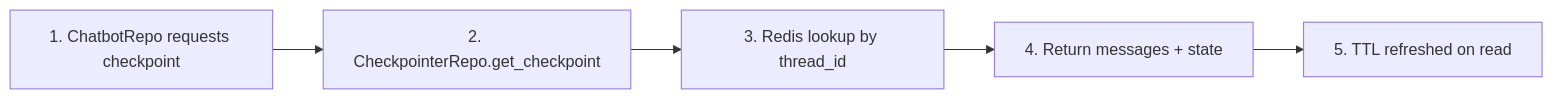
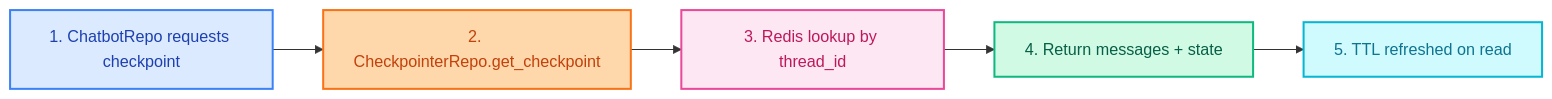
The diagram in docs/assets/diagrams/repositories/checkpointers_README_1.mmd (mhokchuekchuek/mtl_agent), drawn with Mermaid before and after one commit. The commit also changed 92 other files, not shown here.

```diff
--- a/docs/assets/diagrams/repositories/checkpointers_README_1.mmd
+++ b/docs/assets/diagrams/repositories/checkpointers_README_1.mmd
@@ -1,5 +1,17 @@
 flowchart LR
     1[1. ChatbotRepo requests checkpoint] --> 2[2. CheckpointerRepo.get_checkpoint]
     2 --> 3[3. Redis lookup by thread_id]
     3 --> 4[4. Return messages + state]
     4 --> 5[5. TTL refreshed on read]
+
+    classDef request fill:#dbeafe,stroke:#3b82f6,stroke-width:2px,color:#1e40af
+    classDef repo fill:#fed7aa,stroke:#f97316,stroke-width:2px,color:#c2410c
+    classDef redis fill:#fce7f3,stroke:#ec4899,stroke-width:2px,color:#be185d
+    classDef result fill:#d1fae5,stroke:#10b981,stroke-width:2px,color:#065f46
+    classDef ttl fill:#cffafe,stroke:#06b6d4,stroke-width:2px,color:#0e7490
+
+    class 1 request
+    class 2 repo
+    class 3 redis
+    class 4 result
+    class 5 ttl
```
